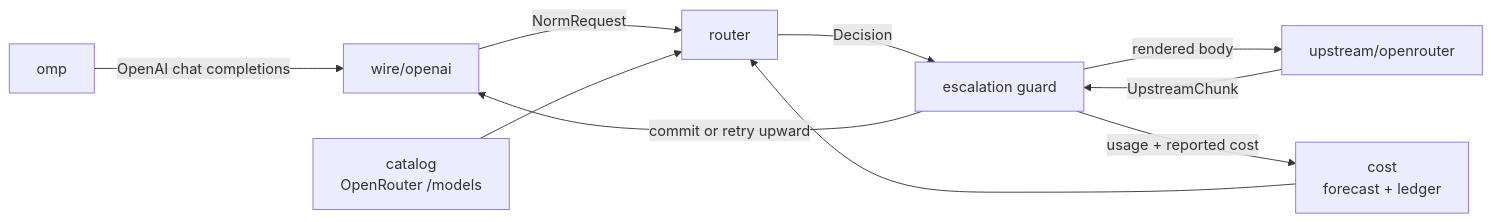
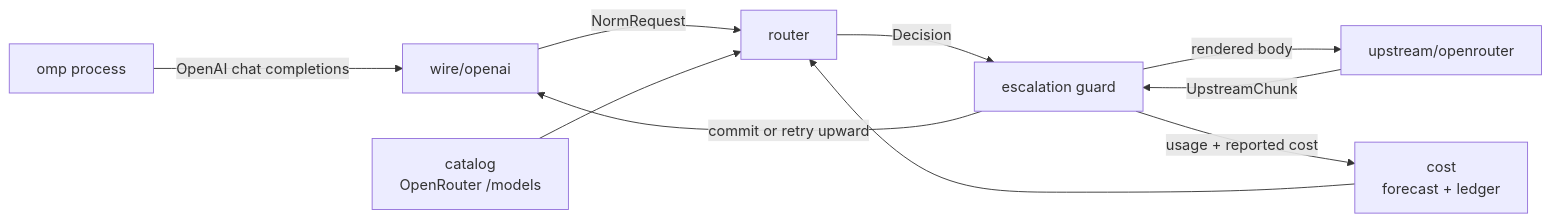
One commit to drewappling/auto-model-router changed the diagram in README.md. Above: the diagram before and after it, drawn with Mermaid. The commit also changed other lines of this file and 6 other files, not shown here.

````diff
--- a/README.md
+++ b/README.md
@@ -32,12 +36,12 @@
 ```mermaid
 graph LR
-  omp[omp] -->|OpenAI chat completions| wire[wire/openai]
+  omp[omp process] -->|OpenAI chat completions| wire[wire/openai]
   wire -->|NormRequest| router[router]
   catalog[catalog<br/>OpenRouter /models] --> router
   cost[cost<br/>forecast + ledger] --> router
   router -->|Decision| guard[escalation guard]
   guard -->|rendered body| up[upstream/openrouter]
   up -->|UpstreamChunk| guard
   guard -->|commit or retry upward| wire
   guard -->|usage + reported cost| cost
 ```
````
